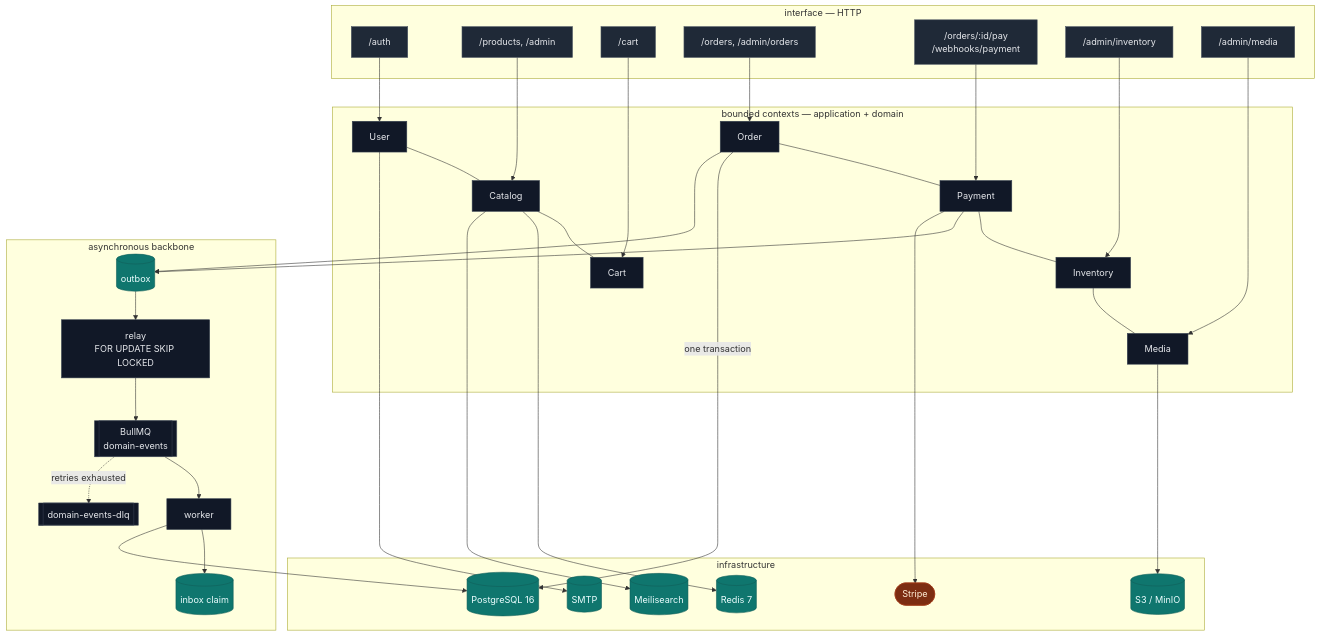
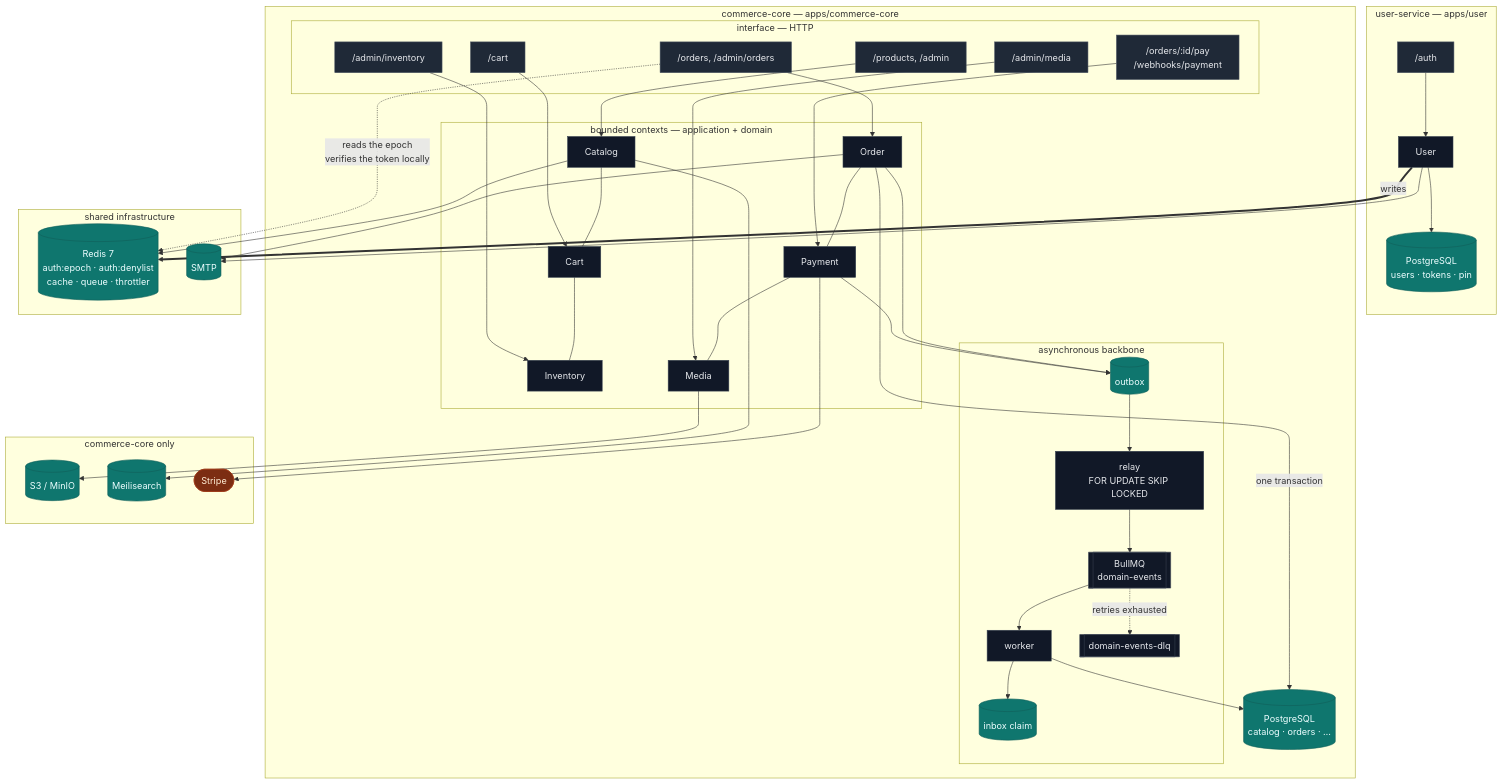
One commit to jCool10/jcool-ecommerce-backend changed the diagram in README.md. Above: the diagram before and after it, drawn with Mermaid. The commit also changed other lines of this file and 223 other files, not shown here.

````diff
--- a/README.md
+++ b/README.md
@@ -58,56 +62,70 @@
 ```mermaid
 flowchart TB
-    subgraph edge["interface — HTTP"]
-        AUTH["/auth"]:::ctx
-        CAT["/products, /admin"]:::ctx
-        CART["/cart"]:::ctx
-        ORD["/orders, /admin/orders"]:::ctx
-        PAY["/orders/:id/pay<br/>/webhooks/payment"]:::ctx
-        INV["/admin/inventory"]:::ctx
-        MED["/admin/media"]:::ctx
+    subgraph user["user-service — apps/user"]
+        AUTH["/auth"]:::ctx --> U[User]:::box
+        UPG[(PostgreSQL<br/>users · tokens · pin)]:::db
+        U --> UPG
     end
 
-    subgraph core["bounded contexts — application + domain"]
-        U[User]:::box --- C[Catalog]:::box --- K[Cart]:::box
-        O[Order]:::box --- P[Payment]:::box --- I[Inventory]:::box --- M[Media]:::box
+    subgraph commerce["commerce-core — apps/commerce-core"]
+        subgraph edge["interface — HTTP"]
+            CAT["/products, /admin"]:::ctx
+            CART["/cart"]:::ctx
+            ORD["/orders, /admin/orders"]:::ctx
+            PAY["/orders/:id/pay<br/>/webhooks/payment"]:::ctx
+            INV["/admin/inventory"]:::ctx
+            MED["/admin/media"]:::ctx
+        end
+
+        subgraph ctxs["bounded contexts — application + domain"]
+            C[Catalog]:::box --- K[Cart]:::box --- I[Inventory]:::box
+            O[Order]:::box --- P[Payment]:::box --- M[Media]:::box
+        end
+
+        subgraph async["asynchronous backbone"]
+            OB[(outbox)]:::db --> RLY[relay<br/>FOR UPDATE SKIP LOCKED]:::box
+            RLY --> Q[[BullMQ<br/>domain-events]]:::box
+            Q --> W[worker]:::box --> IB[(inbox claim)]:::db
+            Q -.retries exhausted.-> DLQ[[domain-events-dlq]]:::box
+        end
+
+        PG[(PostgreSQL<br/>catalog · orders · …)]:::db
     end
 
-    subgraph async["asynchronous backbone"]
-        OB[(outbox)]:::db --> RLY[relay<br/>FOR UPDATE SKIP LOCKED]:::box
-        RLY --> Q[[BullMQ<br/>domain-events]]:::box
-        Q --> W[worker]:::box --> IB[(inbox claim)]:::db
-        Q -.retries exhausted.-> DLQ[[domain-events-dlq]]:::box
+    subgraph shared["shared infrastructure"]
+        RD[(Redis 7<br/>auth:epoch · auth:denylist<br/>cache · queue · throttler)]:::db
+        SMTP[(SMTP)]:::db
     end
 
-    subgraph infra["infrastructure"]
-        PG[(PostgreSQL 16)]:::db
-        RD[(Redis 7)]:::db
+    subgraph infra["commerce-core only"]
         S3[(S3 / MinIO)]:::db
         MS[(Meilisearch)]:::db
-        SMTP[(SMTP)]:::db
         STRIPE([Stripe]):::ext
     end
 
-    AUTH --> U
     CAT --> C
     CART --> K
     ORD --> O
     PAY --> P
     INV --> I
     MED --> M
 
     O -->|one transaction| PG
     O --> OB
+    O --> SMTP
     P --> OB
     P --> STRIPE
     C --> RD
     C --> MS
     M --> S3
     U --> SMTP
     W --> PG
 
+    U ==>|writes| RD
+    ORD -.->|reads the epoch<br/>verifies the token locally| RD
+
     classDef ctx fill:#1f2937,stroke:#4b5563,color:#e5e7eb
     classDef box fill:#111827,stroke:#374151,color:#e5e7eb
     classDef db fill:#0f766e,stroke:#115e59,color:#ecfeff
     classDef ext fill:#7c2d12,stroke:#9a3412,color:#ffedd5
 ```
````
